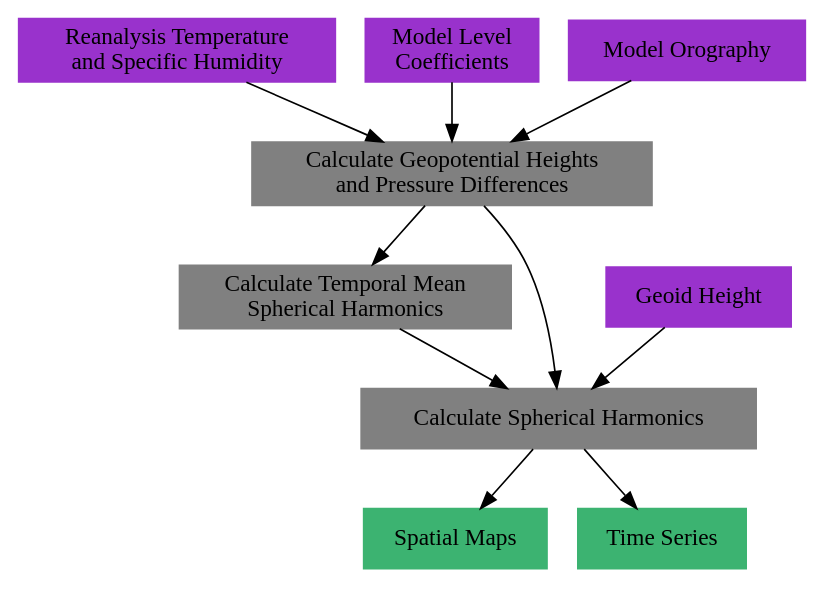
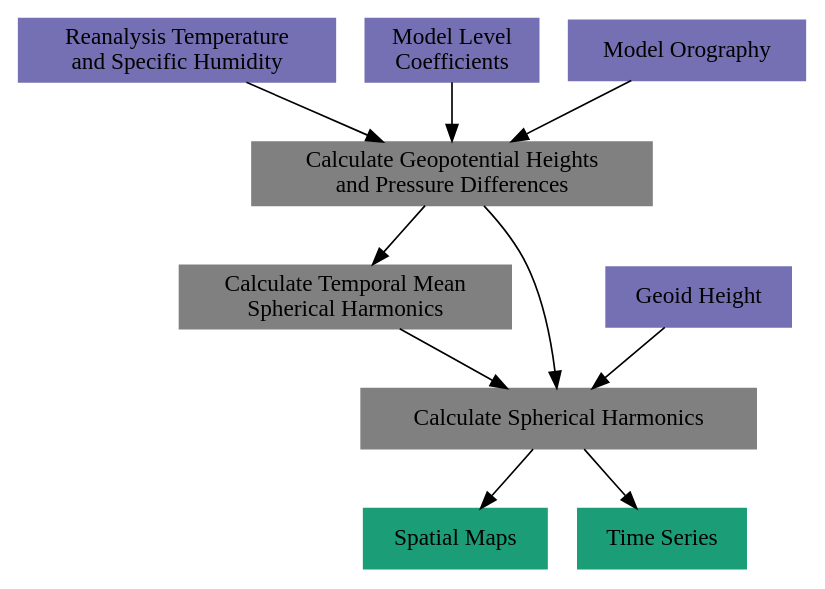
Before and after one commit to tsutterley/model-harmonics: the fourth of 5 diagrams in doc/source/getting_started/Overview.rst, drawn with Graphviz. The commit also changed other lines of this file and 6 other files, not shown here.

```diff
--- a/doc/source/getting_started/Overview.rst
+++ b/doc/source/getting_started/Overview.rst
@@ -182,30 +182,30 @@
 .. graphviz::
     :caption: Reanalysis Spherical Harmonics with Three-Dimensional Geometry Framework
     :align: center
 
     digraph {
-        E [label="Reanalysis Temperature\nand Specific Humidity" shape=box style="filled" color="darkorchid"]
+        E [label="Reanalysis Temperature\nand Specific Humidity" shape=box style="filled" color="#7570b3"]
         L [URL="https://github.com/tsutterley/model-harmonics/blob/main/GLDAS/model_level_coefficients.py"
-            label="Model Level\nCoefficients" shape=box style="filled" color="darkorchid"]
-        N [label="Geoid Height" shape=box style="filled" color="darkorchid"]
-        O [label="Model Orography" shape=box style="filled" color="darkorchid"]
+            label="Model Level\nCoefficients" shape=box style="filled" color="#7570b3"]
+        N [label="Geoid Height" shape=box style="filled" color="#7570b3"]
+        O [label="Model Orography" shape=box style="filled" color="#7570b3"]
         G [URL="https://github.com/tsutterley/model-harmonics/blob/main/GLDAS/reanalysis_geopotential_heights.py"
             label="Calculate Geopotential Heights\nand Pressure Differences" shape=box style="filled" color="gray"]
         M [URL="https://github.com/tsutterley/model-harmonics/blob/main/GLDAS/reanalysis_mean_harmonics.py"
             label="Calculate Temporal Mean\nSpherical Harmonics" shape=box style="filled" color="gray"]
         H [URL="https://github.com/tsutterley/model-harmonics/blob/main/GLDAS/reanalysis_atmospheric_harmonics.py"
             label="Calculate Spherical Harmonics" shape=box style="filled" color="gray"]
-        S [URL="https://github.com/tsutterley/read-GRACE-harmonics/blob/main/scripts/combine_harmonics.py"
-            label="Spatial Maps" shape=box style="filled" color="mediumseagreen"]
+        S [URL="https://github.com/tsutterley/gravity-toolkit/blob/main/scripts/combine_harmonics.py"
+            label="Spatial Maps" shape=box style="filled" color="#1b9e77"]
         T [URL="https://github.com/tsutterley/model-harmonics/blob/main/scripts/least_squares_mascon_timeseries.py"
-            label="Time Series" shape=box style="filled" color="mediumseagreen"]
+            label="Time Series" shape=box style="filled" color="#1b9e77"]
         E -> G
         L -> G
         O -> G
         G -> M
         M -> H
         G -> H
         N -> H
         H -> S
         H -> T
     }
```
